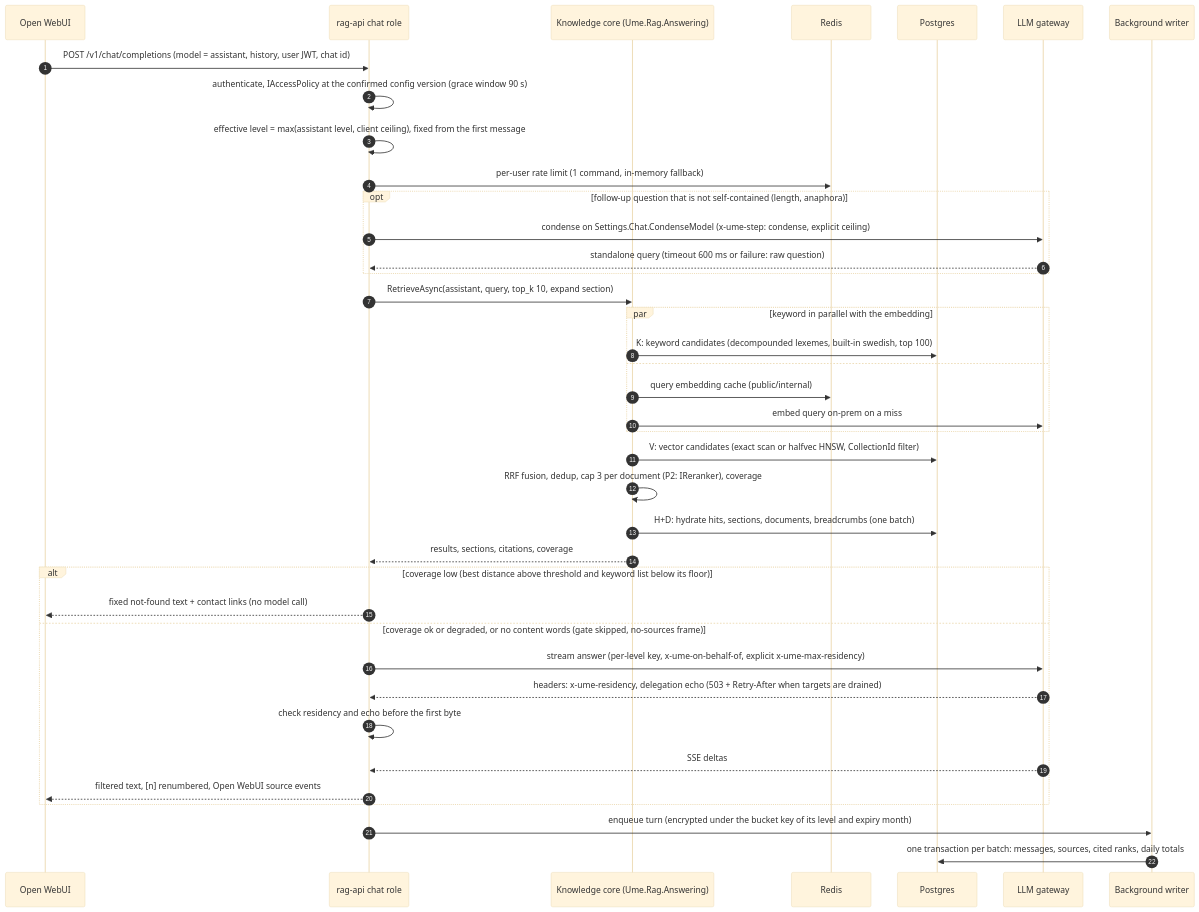
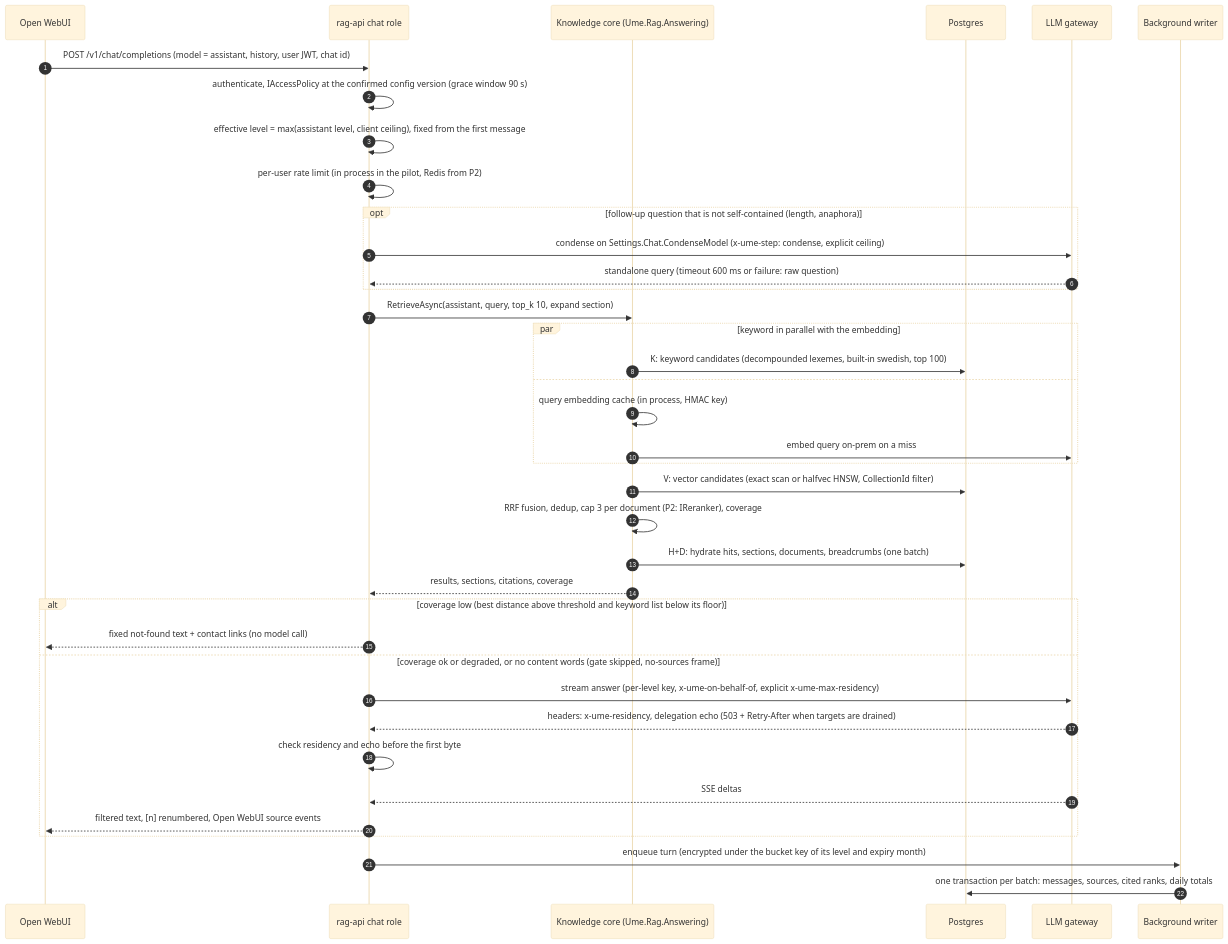
One commit to thekim1/kalla changed the second of 4 diagrams in plans/architecture.md. Above: the diagram before and after it, drawn with Mermaid (base theme). The commit also changed other lines of this file and 16 other files, not shown here.

First line of the commit message:
Six pilot containers: no Redis until multi-host (P2), pgBackRest inside the Postgres image

````diff
--- a/plans/architecture.md
+++ b/plans/architecture.md
@@ -109,42 +113,41 @@
 ```mermaid
 sequenceDiagram
     autonumber
     participant U as Open WebUI
     participant C as rag-api chat role
     participant K as Knowledge core (Ume.Rag.Answering)
-    participant R as Redis
     participant P as Postgres
     participant G as LLM gateway
     participant W as Background writer
 
     U->>C: POST /v1/chat/completions (model = assistant, history, user JWT, chat id)
     C->>C: authenticate, IAccessPolicy at the confirmed config version (grace window 90 s)
     C->>C: effective level = max(assistant level, client ceiling), fixed from the first message
-    C->>R: per-user rate limit (1 command, in-memory fallback)
+    C->>C: per-user rate limit (in process in the pilot, Redis from P2)
     opt follow-up question that is not self-contained (length, anaphora)
         C->>G: condense on Settings.Chat.CondenseModel (x-ume-step: condense, explicit ceiling)
         G-->>C: standalone query (timeout 600 ms or failure: raw question)
     end
     C->>K: RetrieveAsync(assistant, query, top_k 10, expand section)
     par keyword in parallel with the embedding
         K->>P: K: keyword candidates (decompounded lexemes, built-in swedish, top 100)
     and
-        K->>R: query embedding cache (public/internal)
+        K->>K: query embedding cache (in process, HMAC key)
         K->>G: embed query on-prem on a miss
     end
     K->>P: V: vector candidates (exact scan or halfvec HNSW, CollectionId filter)
     K->>K: RRF fusion, dedup, cap 3 per document (P2: IReranker), coverage
     K->>P: H+D: hydrate hits, sections, documents, breadcrumbs (one batch)
     K-->>C: results, sections, citations, coverage
     alt coverage low (best distance above threshold and keyword list below its floor)
         C-->>U: fixed not-found text + contact links (no model call)
     else coverage ok or degraded, or no content words (gate skipped, no-sources frame)
         C->>G: stream answer (per-level key, x-ume-on-behalf-of, explicit x-ume-max-residency)
         G-->>C: headers: x-ume-residency, delegation echo (503 + Retry-After when targets are drained)
         C->>C: check residency and echo before the first byte
         G-->>C: SSE deltas
         C-->>U: filtered text, [n] renumbered, Open WebUI source events
     end
     C->>W: enqueue turn (encrypted under the bucket key of its level and expiry month)
     W->>P: one transaction per batch: messages, sources, cited ranks, daily totals
 ```
````
